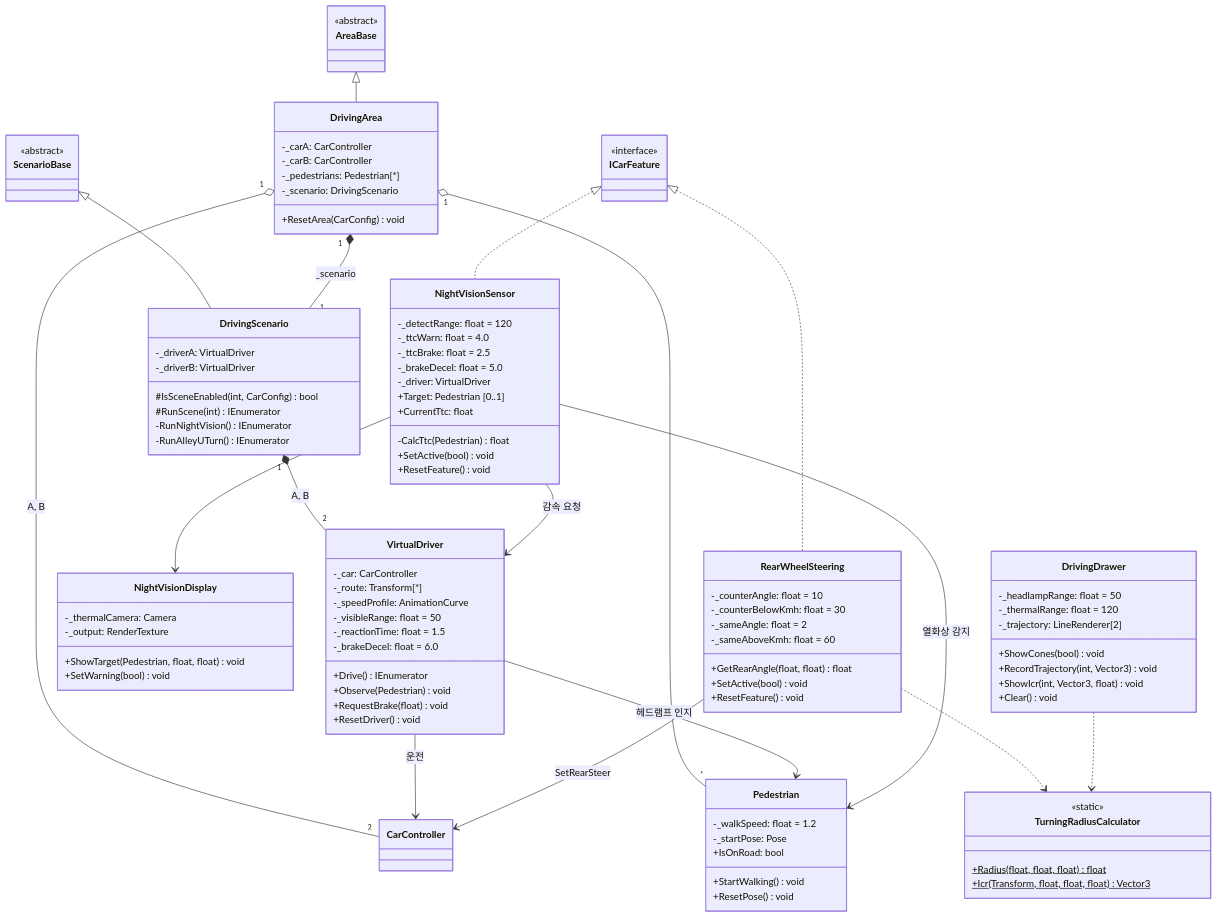
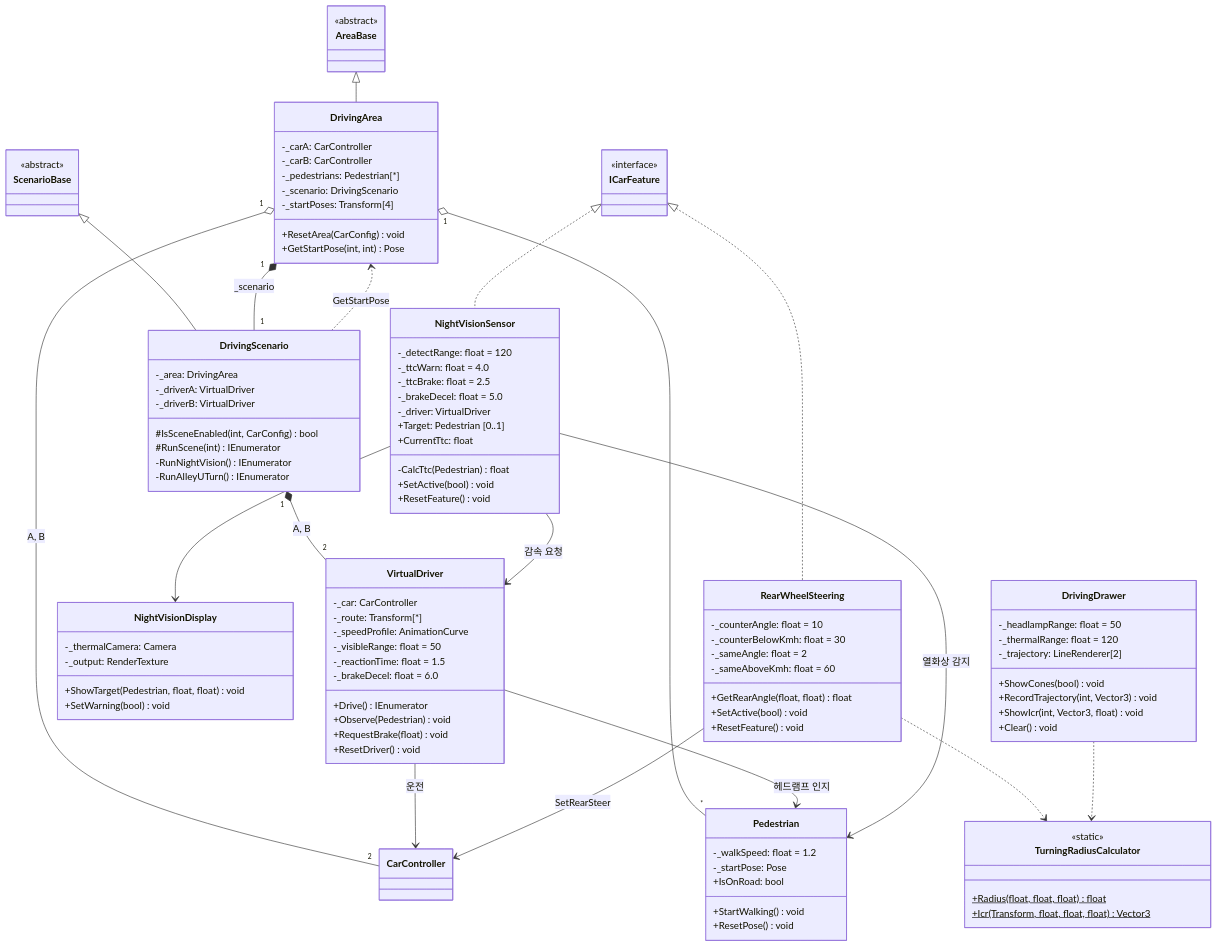
The third of 4 diagrams in docs/CLASS_DESIGN.md (cuhote/YEYU_CarConfigurator_UnityProject), drawn with Mermaid before and after one commit. The commit also changed other lines of this file and 1 other file, not shown here.

```diff
--- a/docs/CLASS_DESIGN.md
+++ b/docs/CLASS_DESIGN.md
@@ -266,9 +277,12 @@
     -_carB: CarController
     -_pedestrians: Pedestrian[*]
     -_scenario: DrivingScenario
+    -_startPoses: Transform[4]
     +ResetArea(CarConfig) void
+    +GetStartPose(int, int) Pose
   }
   class DrivingScenario {
+    -_area: DrivingArea
     -_driverA: VirtualDriver
     -_driverB: VirtualDriver
     #IsSceneEnabled(int, CarConfig) bool
@@ -344,6 +358,7 @@
   DrivingArea "1" o-- "*" Pedestrian
   DrivingArea "1" o-- "2" CarController : A, B
   DrivingScenario "1" *-- "2" VirtualDriver : A, B
+  DrivingScenario ..> DrivingArea : GetStartPose
   VirtualDriver --> CarController : 운전
   VirtualDriver --> Pedestrian : 헤드램프 인지
   NightVisionSensor --> Pedestrian : 열화상 감지
```
